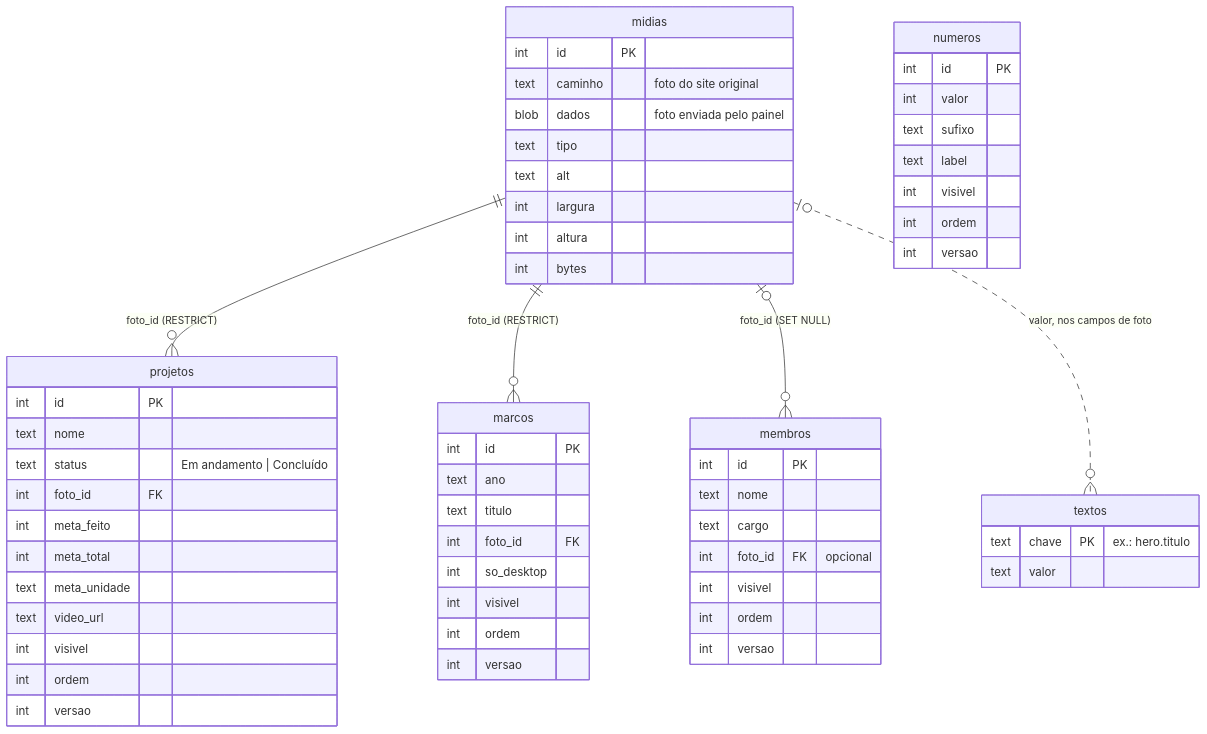
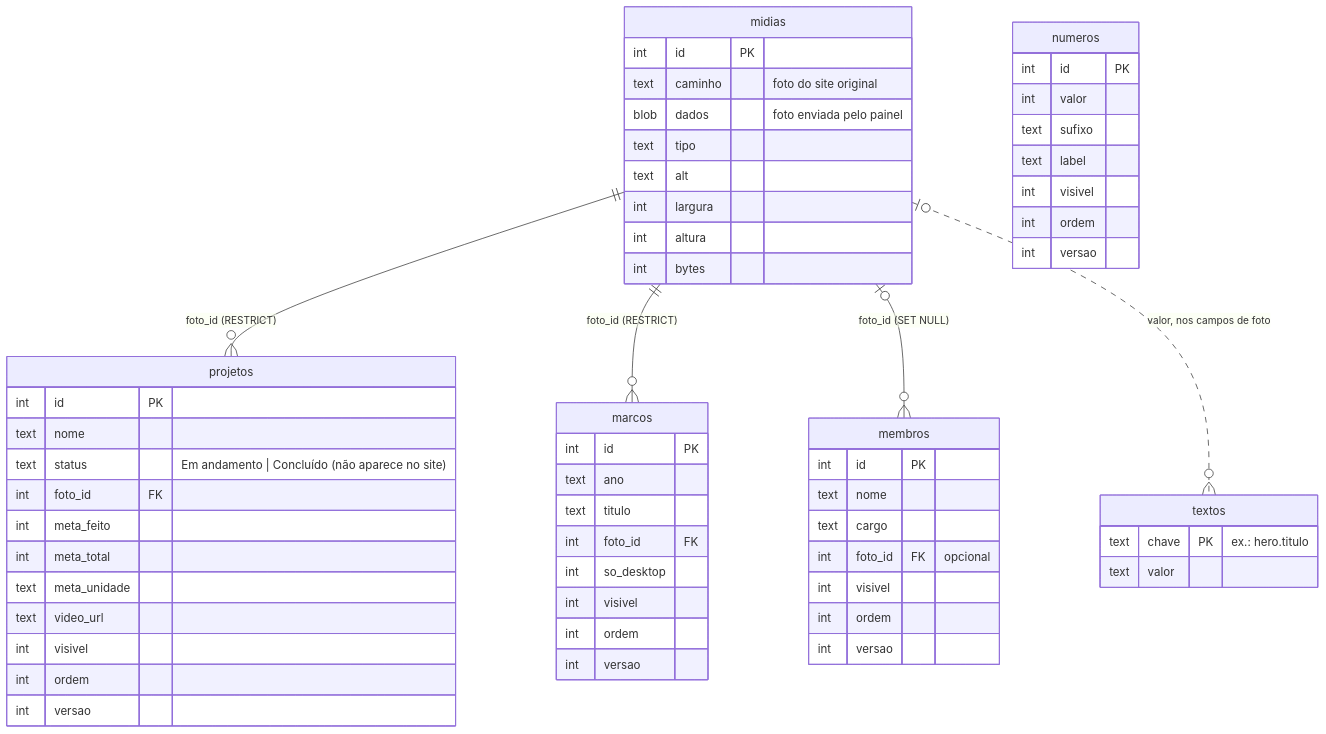
The first of 2 diagrams in docs/banco.md (Gustavo16378/arte-de-amar), drawn with Mermaid before and after one commit. The commit also changed 1 other file, not shown here.

Commit message:
docs: situação do projeto na API e no banco
Claude-Session: https://claude.ai/code/session_01SHfwDAwt4hJBLGryiAnAPs

````diff
--- a/docs/banco.md
+++ b/docs/banco.md
@@ -11,63 +11,63 @@
 ```mermaid
 erDiagram
   midias ||--o{ projetos : "foto_id (RESTRICT)"
   midias ||--o{ marcos : "foto_id (RESTRICT)"
   midias |o--o{ membros : "foto_id (SET NULL)"
   midias |o..o{ textos : "valor, nos campos de foto"
 
   midias {
     int id PK
     text caminho "foto do site original"
     blob dados "foto enviada pelo painel"
     text tipo
     text alt
     int largura
     int altura
     int bytes
   }
   projetos {
     int id PK
     text nome
-    text status "Em andamento | Concluído"
+    text status "Em andamento | Concluído (não aparece no site)"
     int foto_id FK
     int meta_feito
     int meta_total
     text meta_unidade
     text video_url
     int visivel
     int ordem
     int versao
   }
   marcos {
     int id PK
     text ano
     text titulo
     int foto_id FK
     int so_desktop
     int visivel
     int ordem
     int versao
   }
   membros {
     int id PK
     text nome
     text cargo
     int foto_id FK "opcional"
     int visivel
     int ordem
     int versao
   }
   textos {
     text chave PK "ex.: hero.titulo"
     text valor
   }
   numeros {
     int id PK
     int valor
     text sufixo
     text label
     int visivel
     int ordem
     int versao
   }
 ```
````
